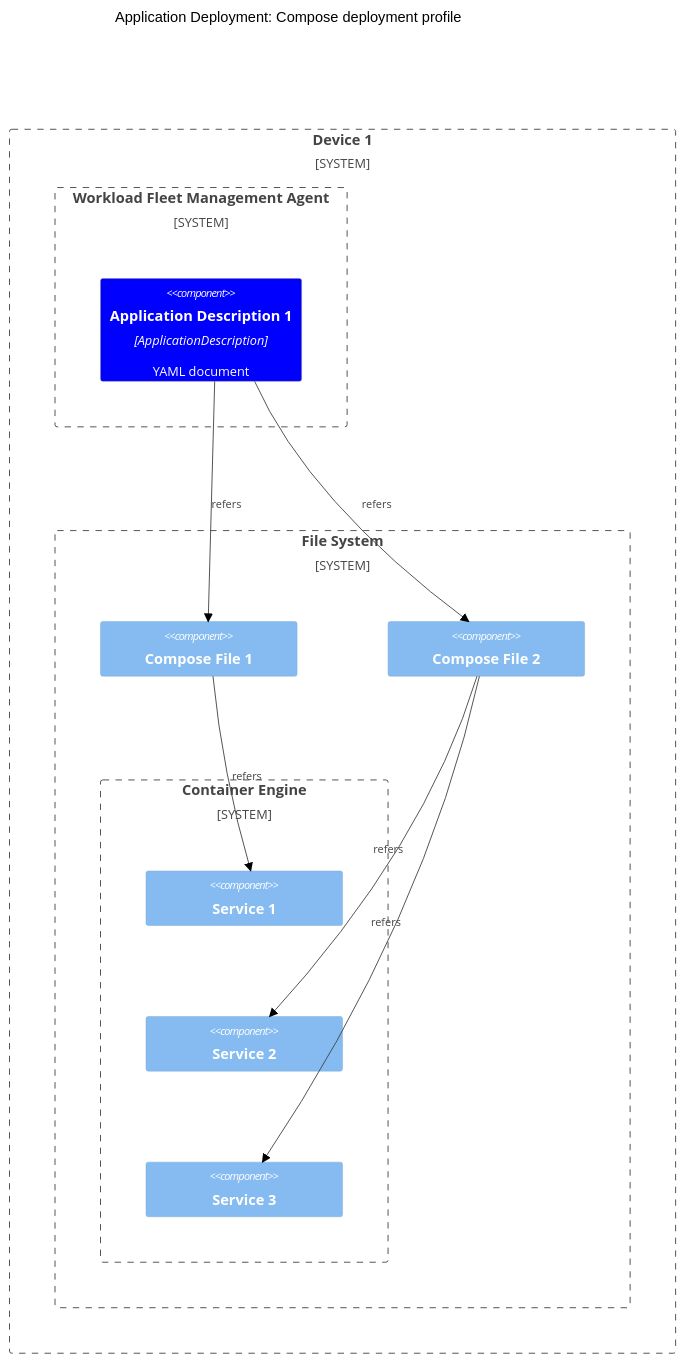
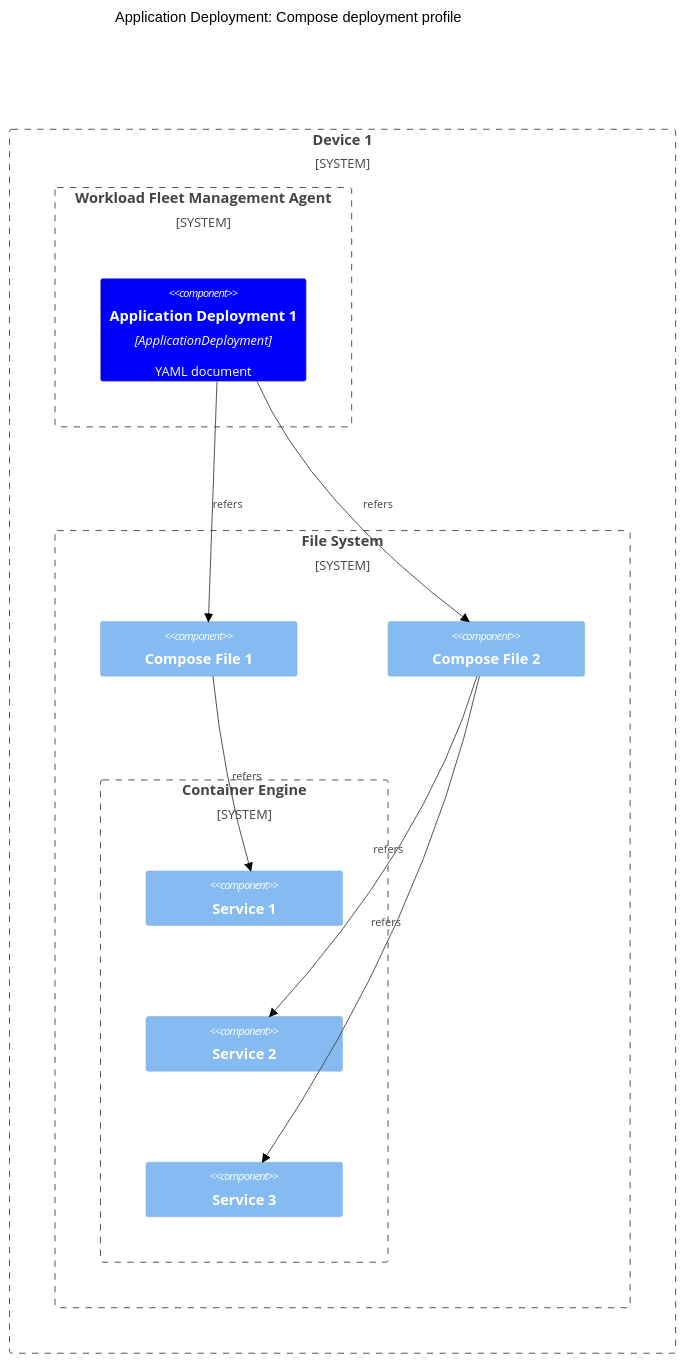
One commit to margo/specification changed the sixth of 6 diagrams in system-design/margo-overview/software-composition.md. Above: the diagram before and after it, drawn with Mermaid (forest theme). The commit also changed other lines of this file, not shown here.

Commit message:
fix diagrams

````diff
--- a/system-design/margo-overview/software-composition.md
+++ b/system-design/margo-overview/software-composition.md
@@ -244,30 +244,30 @@
 ```mermaid
 C4Component
     title Application Deployment: Compose deployment profile
 
     UpdateLayoutConfig($c4BoundaryInRow="3", $c4ShapeInRow="1")
 
     System_Boundary(dev1, "Device 1") {
         System_Boundary(woa1, "Workload Fleet Management Agent") {
-            Component(atb1, "Application Description 1", "ApplicationDescription", "YAML document")
+            Component(atb1, "Application Deployment 1", "ApplicationDeployment", "YAML document")
         }
 
         System_Boundary(fs1, "File System") {
             Component(cc1, "Compose File 1")
             Component(cc2, "Compose File 2")
             System_Boundary(doc1, "Container Engine") {
                 Component(srv1, "Service 1")
                 Component(srv2, "Service 2")
                 Component(srv3, "Service 3")
             }
         }
     }
 
     Rel(atb1, cc1, "refers")
     Rel(atb1, cc2, "refers")
     Rel(cc1, srv1, "refers")
     Rel(cc2, srv2, "refers")
     Rel(cc2, srv3, "refers")
 
     UpdateElementStyle(atb1, $fontColor="white", $bgColor="blue", $borderColor="grey")
 ```
````
